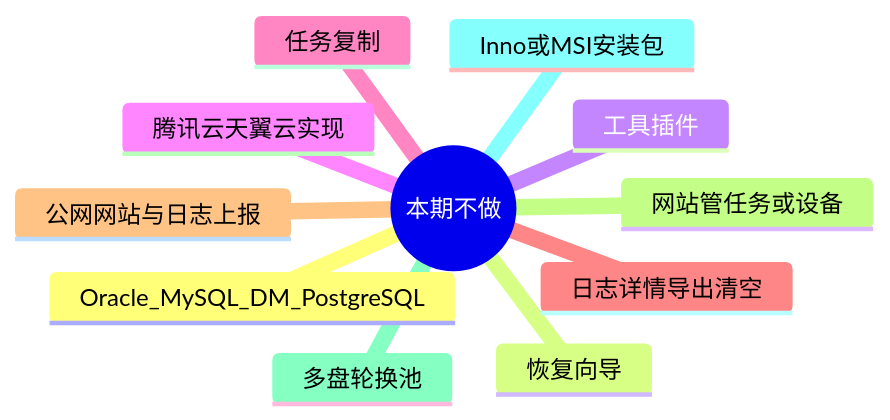
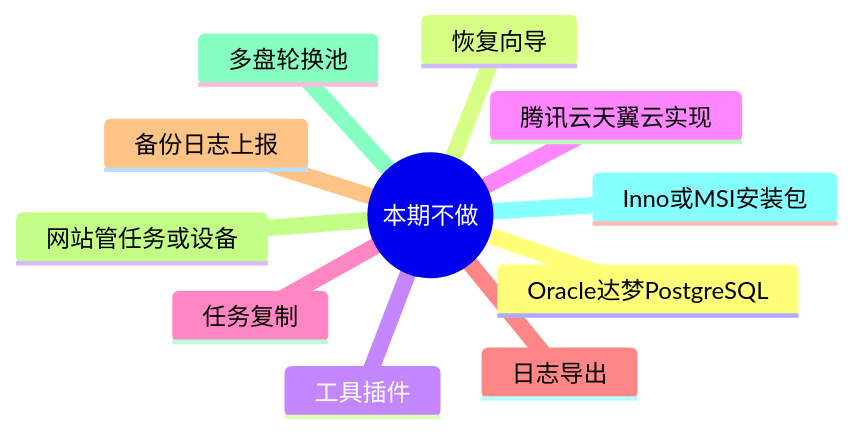
The fifth of 5 diagrams in Doc/用心云备份-本期成果预览.md (yongxincloud/yxyxb), drawn with Mermaid before and after one commit. The commit also changed other lines of this file and 48 other files, not shown here.

````diff
--- a/Doc/用心云备份-本期成果预览.md
+++ b/Doc/用心云备份-本期成果预览.md
@@ -260,14 +264,14 @@
 ```mermaid
 mindmap
   root((本期不做))
-    Oracle_MySQL_DM_PostgreSQL
+    Oracle达梦PostgreSQL
     恢复向导
     工具插件
     腾讯云天翼云实现
     任务复制
-    日志详情导出清空
-    公网网站与日志上报
+    日志导出
+    备份日志上报
     网站管任务或设备
     多盘轮换池
     Inno或MSI安装包
 ```
````
